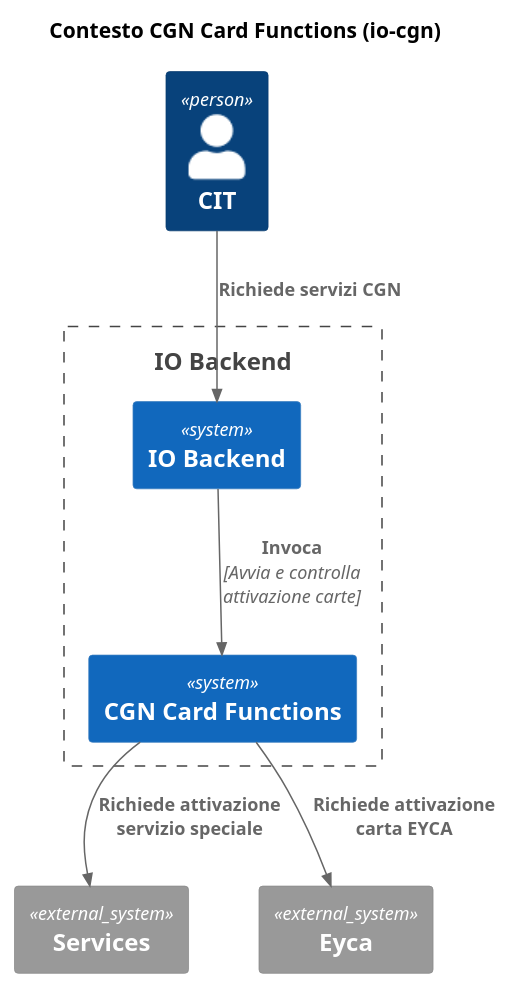
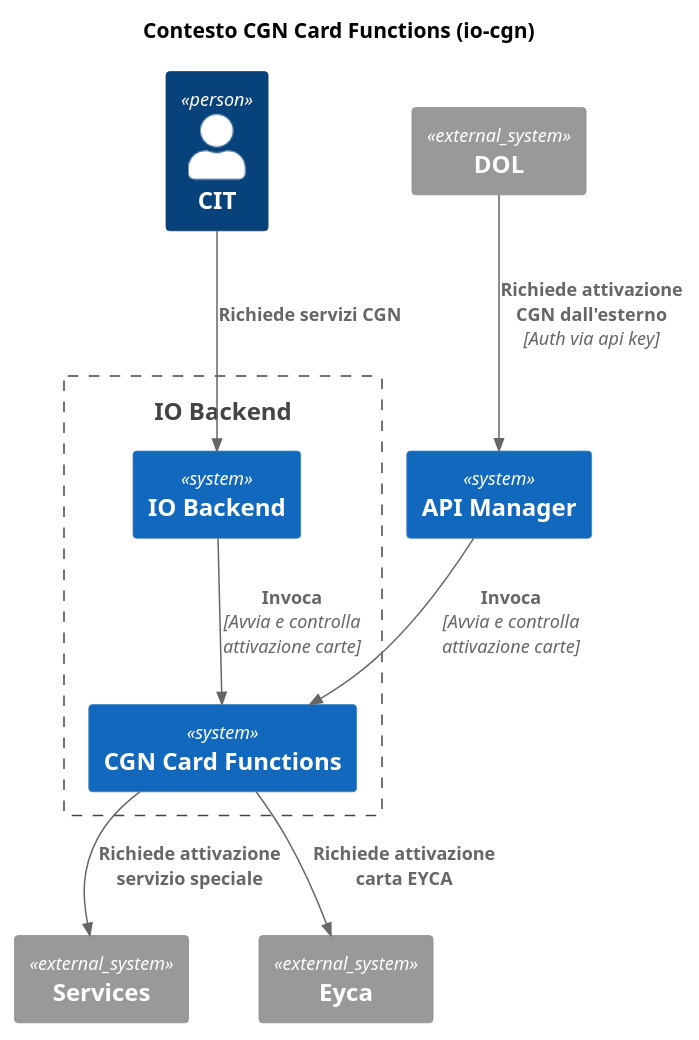
Before and after one commit to pagopa/io-cgn: the diagram in docs/card-func/context.puml, drawn with PlantUML. The commit also changed 1 other file, not shown here.

```diff
--- a/docs/card-func/context.puml
+++ b/docs/card-func/context.puml
@@ -1,20 +1,24 @@
 @startuml CGN Card Functions
 !include https://raw.githubusercontent.com/plantuml-stdlib/C4-PlantUML/master/C4.puml
 !include https://raw.githubusercontent.com/plantuml-stdlib/C4-PlantUML/master/C4_Context.puml
 
 title Contesto CGN Card Functions (io-cgn)
 
 Person(cit, "CIT")
 Boundary(boundary, "IO Backend"){
   System(backend, "IO Backend")
   System(cardfunc, "CGN Card Functions")
   Rel(backend, cardfunc, "Invoca", "Avvia e controlla attivazione carte")
 }
 System_Ext(services, "Services")
 System_Ext(eyca, "Eyca")
+System(apim, "API Manager")
+System_Ext(dol, "DOL")
 
 Rel(cit,backend, "Richiede servizi CGN")
 Rel(cardfunc,services, "Richiede attivazione servizio speciale")
 Rel(cardfunc,eyca, "Richiede attivazione carta EYCA")
+Rel(dol,apim, "Richiede attivazione CGN dall'esterno","Auth via api key")
+Rel(apim,cardfunc, "Invoca", "Avvia e controlla attivazione carte")
 
 @enduml
```
